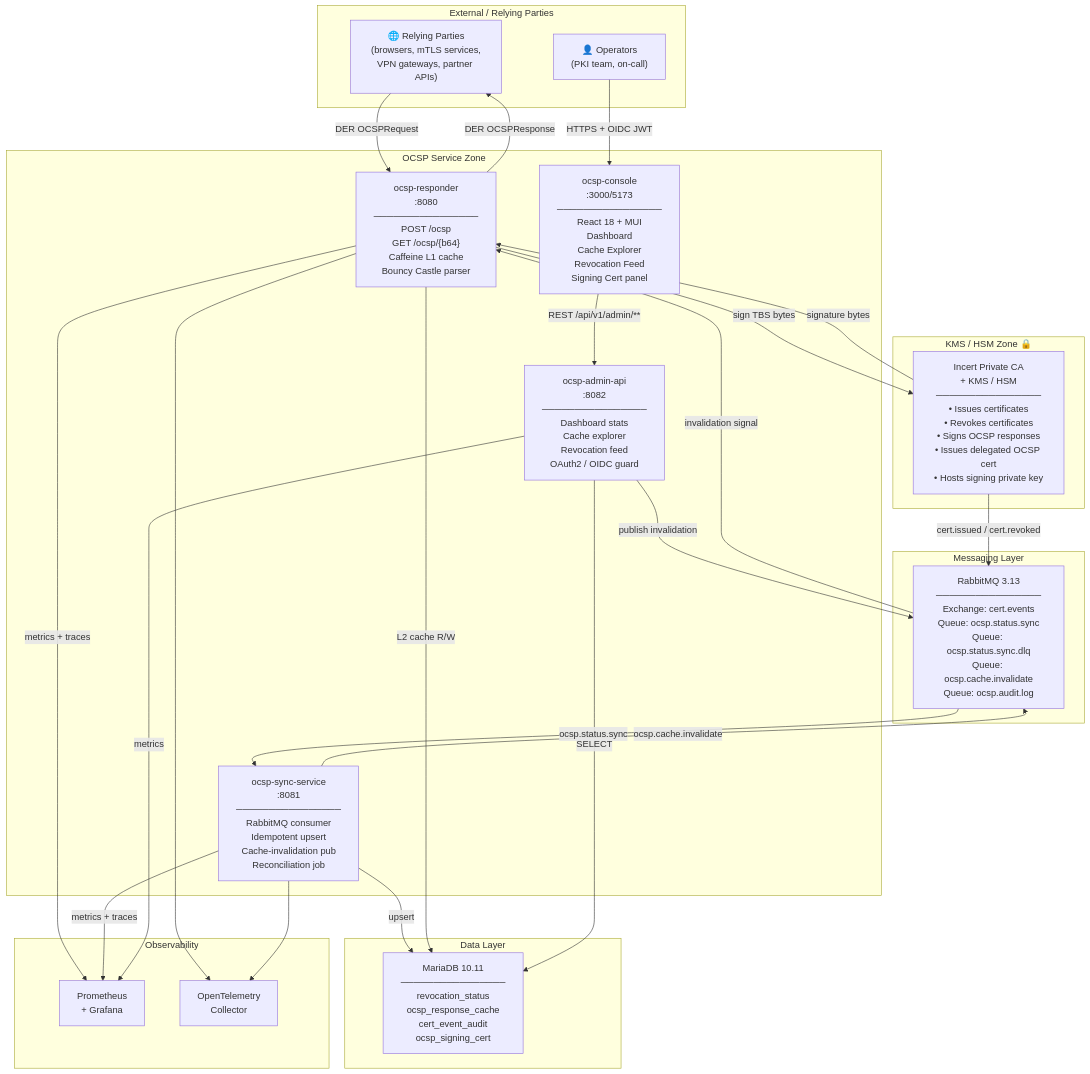
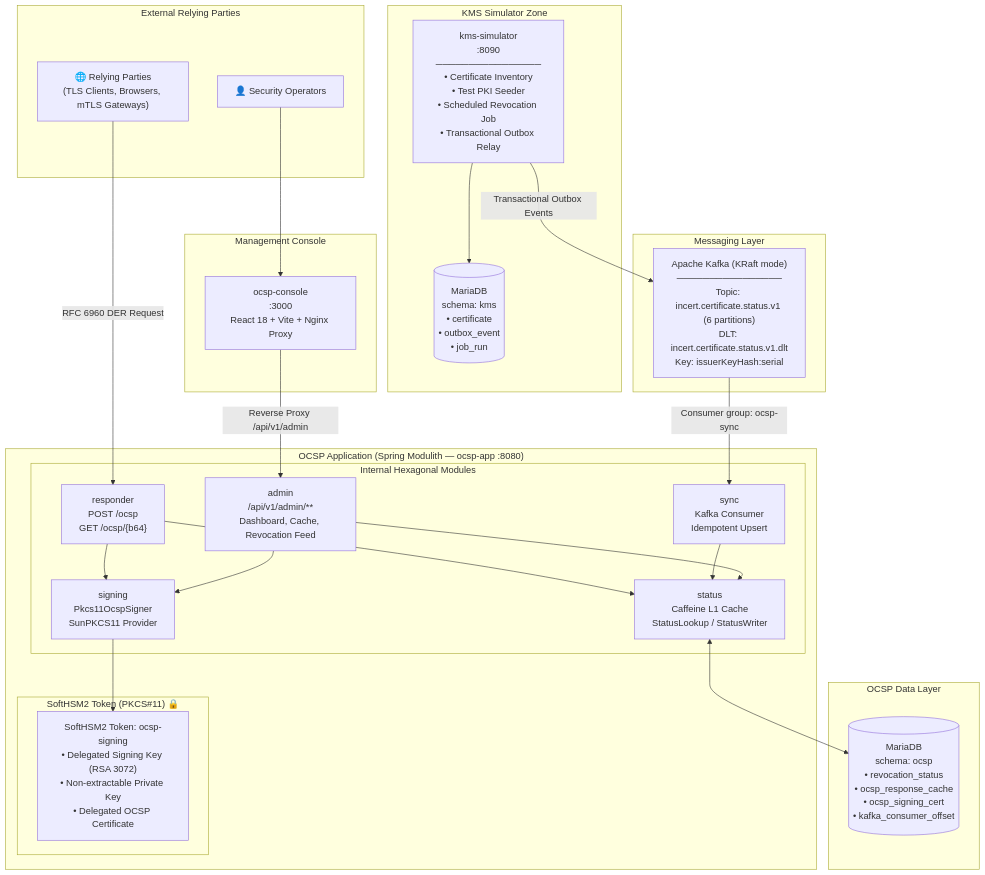
One commit to Majdzapa/OCSP changed the first of 4 diagrams in ARCHITECTURE.md. Above: the diagram before and after it, drawn with Mermaid. The commit also changed other lines of this file and 189 other files, not shown here.

Commit message:
feat: re-architect Incert OCSP with KMS simulator, Kafka KRaft, SoftHSM2 PKCS#11, and Spring Modulith

````diff
--- a/ARCHITECTURE.md
+++ b/ARCHITECTURE.md
@@ -25,54 +21,53 @@
 ```mermaid
 graph TB
-    subgraph EXTERNAL["External / Relying Parties"]
-        RP["🌐 Relying Parties<br/>(browsers, mTLS services,<br/>VPN gateways, partner APIs)"]
-        OPS["👤 Operators<br/>(PKI team, on-call)"]
+    subgraph EXTERNAL["External Relying Parties"]
+        RP["🌐 Relying Parties<br/>(TLS Clients, Browsers, mTLS Gateways)"]
+        OPS["👤 Security Operators"]
     end
 
-    subgraph KMS_ZONE["KMS / HSM Zone  🔒"]
-        KMS["Incert Private CA<br/>+ KMS / HSM<br/>────────────────<br/>• Issues certificates<br/>• Revokes certificates<br/>• Signs OCSP responses<br/>• Issues delegated OCSP cert<br/>• Hosts signing private key"]
+    subgraph KMS_ZONE["KMS Simulator Zone"]
+        KMS["kms-simulator<br/>:8090<br/>────────────────<br/>• Certificate Inventory<br/>• Test PKI Seeder<br/>• Scheduled Revocation Job<br/>• Transactional Outbox Relay"]
+        KMS_DB[("MariaDB<br/>schema: kms<br/>• certificate<br/>• outbox_event<br/>• job_run")]
+        KMS --> KMS_DB
     end
 
-    subgraph MQ["Messaging Layer"]
-        RMQ["RabbitMQ 3.13<br/>────────────────<br/>Exchange: cert.events<br/>Queue: ocsp.status.sync<br/>Queue: ocsp.status.sync.dlq<br/>Queue: ocsp.cache.invalidate<br/>Queue: ocsp.audit.log"]
+    subgraph BROKER["Messaging Layer"]
+        KAFKA["Apache Kafka (KRaft mode)<br/>────────────────<br/>Topic: incert.certificate.status.v1 (6 partitions)<br/>DLT: incert.certificate.status.v1.dlt<br/>Key: issuerKeyHash:serial"]
     end
 
-    subgraph OCSP_ZONE["OCSP Service Zone"]
-        RESP["ocsp-responder<br/>:8080<br/>────────────────<br/>POST /ocsp<br/>GET /ocsp/{b64}<br/>Caffeine L1 cache<br/>Bouncy Castle parser"]
+    subgraph OCSP_APP["OCSP Application (Spring Modulith — ocsp-app :8080)"]
+        subgraph MODULES["Internal Hexagonal Modules"]
+            RESP["responder<br/>POST /ocsp<br/>GET /ocsp/{b64}"]
+            STATUS["status<br/>Caffeine L1 Cache<br/>StatusLookup / StatusWriter"]
+            SIGN["signing<br/>Pkcs11OcspSigner<br/>SunPKCS11 Provider"]
+            SYNC["sync<br/>Kafka Consumer<br/>Idempotent Upsert"]
+            ADMIN["admin<br/>/api/v1/admin/**<br/>Dashboard, Cache, Revocation Feed"]
+        end
 
-        SYNC["ocsp-sync-service<br/>:8081<br/>────────────────<br/>RabbitMQ consumer<br/>Idempotent upsert<br/>Cache-invalidation pub<br/>Reconciliation job"]
+        subgraph HSM_ZONE["SoftHSM2 Token (PKCS#11) 🔒"]
+            TOKEN["SoftHSM2 Token: ocsp-signing<br/>• Delegated Signing Key (RSA 3072)<br/>• Non-extractable Private Key<br/>• Delegated OCSP Certificate"]
+        end
 
-        ADMIN_API["ocsp-admin-api<br/>:8082<br/>────────────────<br/>Dashboard stats<br/>Cache explorer<br/>Revocation feed<br/>OAuth2 / OIDC guard"]
-
-        CONSOLE["ocsp-console<br/>:3000/5173<br/>────────────────<br/>React 18 + MUI<br/>Dashboard<br/>Cache Explorer<br/>Revocation Feed<br/>Signing Cert panel"]
+        RESP --> STATUS
+        RESP --> SIGN
+        SIGN --> TOKEN
+        SYNC --> STATUS
+        ADMIN --> STATUS
+        ADMIN --> SIGN
     end
 
-    subgraph DB["Data Layer"]
-        MARIA["MariaDB 10.11<br/>────────────────<br/>revocation_status<br/>ocsp_response_cache<br/>cert_event_audit<br/>ocsp_signing_cert"]
+    subgraph DB["OCSP Data Layer"]
+        OCSP_DB[("MariaDB<br/>schema: ocsp<br/>• revocation_status<br/>• ocsp_response_cache<br/>• ocsp_signing_cert<br/>• kafka_consumer_offset")]
     end
 
-    subgraph OBSERVE["Observability"]
-        PROM["Prometheus<br/>+ Grafana"]
-        OTEL["OpenTelemetry<br/>Collector"]
+    subgraph UI["Management Console"]
+        CONSOLE["ocsp-console<br/>:3000<br/>React 18 + Vite + Nginx Proxy"]
     end
 
-    RP -- "DER OCSPRequest" --> RESP
-    RESP -- "DER OCSPResponse" --> RP
-    KMS -- "cert.issued / cert.revoked" --> RMQ
-    RMQ -- "ocsp.status.sync" --> SYNC
-    SYNC -- "upsert" --> MARIA
-    SYNC -- "ocsp.cache.invalidate" --> RMQ
-    RMQ -- "invalidation signal" --> RESP
-    RESP -- "L2 cache R/W" --> MARIA
-    RESP -- "sign TBS bytes" --> KMS
-    KMS -- "signature bytes" --> RESP
-    ADMIN_API -- "SELECT" --> MARIA
-    ADMIN_API -- "publish invalidation" --> RMQ
-    OPS -- "HTTPS + OIDC JWT" --> CONSOLE
-    CONSOLE -- "REST /api/v1/admin/**" --> ADMIN_API
-    RESP -- "metrics + traces" --> PROM
-    SYNC -- "metrics + traces" --> PROM
-    ADMIN_API -- "metrics" --> PROM
-    RESP --> OTEL
-    SYNC --> OTEL
+    RP -- "RFC 6960 DER Request" --> RESP
+    KMS -- "Transactional Outbox Events" --> KAFKA
+    KAFKA -- "Consumer group: ocsp-sync" --> SYNC
+    STATUS <--> OCSP_DB
+    OPS --> CONSOLE
+    CONSOLE -- "Reverse Proxy /api/v1/admin" --> ADMIN
 ```
````
